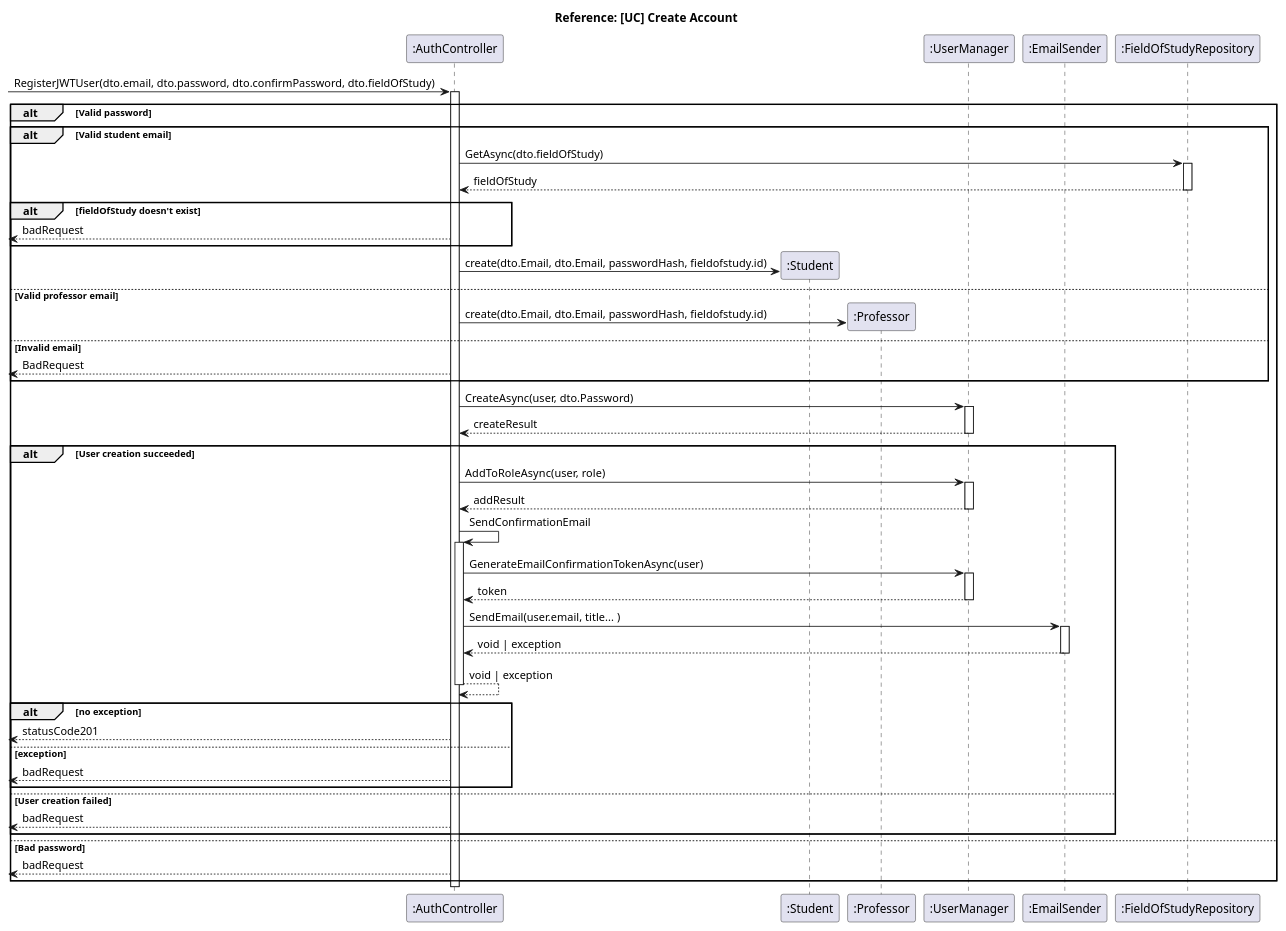
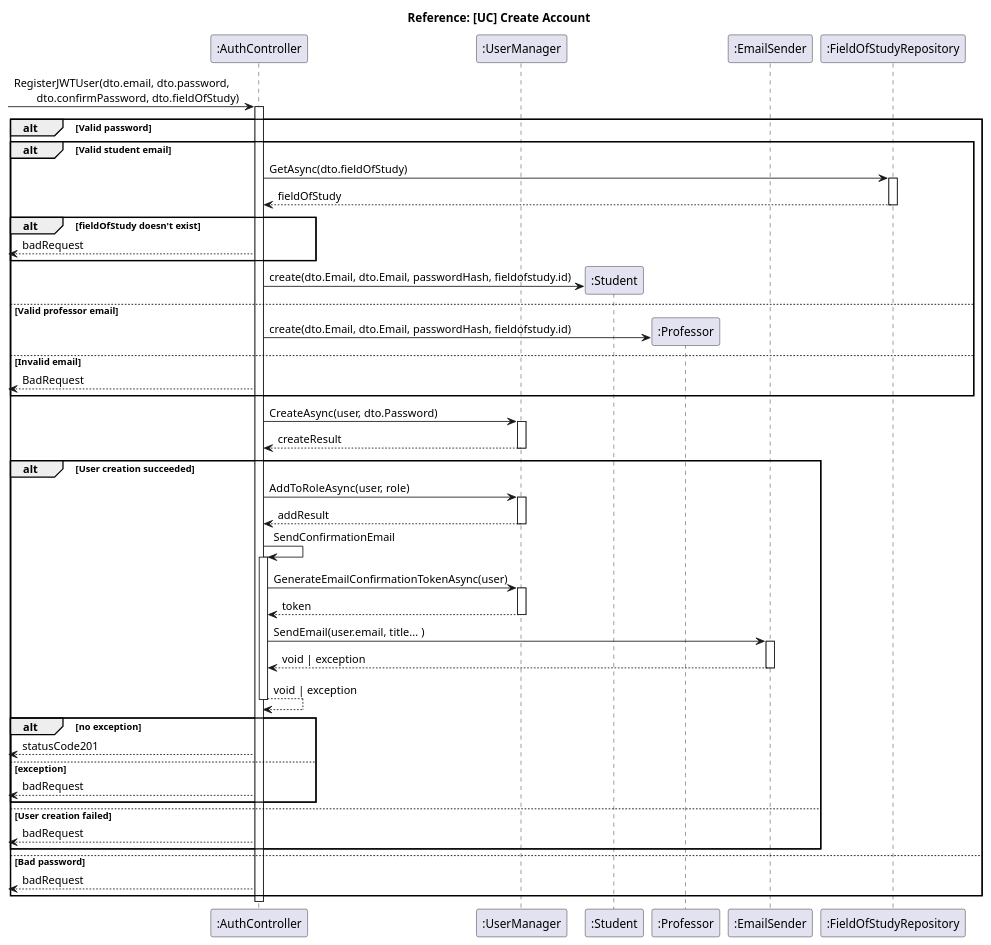
Before and after one commit to Singh-Kiran-P/StuNet: the diagram in Diagrams/Sequence_Diagrams/create_account.puml, drawn with PlantUML. The commit also changed 6 other files, not shown here.

Commit message:
docs: Move participants in /Sequence_Diagrams

```diff
--- a/Diagrams/Sequence_Diagrams/create_account.puml
+++ b/Diagrams/Sequence_Diagrams/create_account.puml
@@ -1,76 +1,76 @@
 @startuml Register
 
 title Reference: [UC] Create Account
 
 participant ":AuthController" as authController
+participant ":UserManager" as userManager
 participant ":Student" as student
 participant ":Professor" as professor
-participant ":UserManager" as userManager
 participant ":EmailSender" as emailSender
 participant ":FieldOfStudyRepository" as fieldOfStudyRepository
 
--> authController : RegisterJWTUser(dto.email, dto.password, dto.confirmPassword, dto.fieldOfStudy)
+-> authController : RegisterJWTUser(dto.email, dto.password,\n\tdto.confirmPassword, dto.fieldOfStudy)
 activate authController
 
 alt Valid password
     alt Valid student email
         authController -> fieldOfStudyRepository: GetAsync(dto.fieldOfStudy)
         activate fieldOfStudyRepository
         fieldOfStudyRepository --> authController: fieldOfStudy
         deactivate fieldOfStudyRepository
 
         alt fieldOfStudy doesn't exist
             <-- authController: badRequest
         end
 
         authController -> student**: create(dto.Email, dto.Email, passwordHash, fieldofstudy.id)
         ' student --> authController: user
     else Valid professor email
         authController -> professor**: create(dto.Email, dto.Email, passwordHash, fieldofstudy.id)
     else Invalid email
         <-- authController: BadRequest
     end
 
     authController -> userManager: CreateAsync(user, dto.Password)
     activate userManager
     userManager --> authController: createResult
     deactivate userManager
 
     alt User creation succeeded
         authController -> userManager: AddToRoleAsync(user, role)
         activate userManager
         userManager --> authController: addResult
         deactivate userManager
 
         ' -> authController
         authController -> authController: SendConfirmationEmail
         activate authController
         
         authController -> userManager: GenerateEmailConfirmationTokenAsync(user)
         activate userManager
         userManager --> authController: token
         deactivate userManager
         
         authController -> emailSender: SendEmail(user.email, title... )
         activate emailSender
         emailSender --> authController: void | exception
         deactivate emailSender
         
         authController --> authController: void | exception
         deactivate authController
 
         alt no exception
             <-- authController: statusCode201
         else exception
             <-- authController: badRequest
         end
     else User creation failed
         <-- authController: badRequest
     end
 else Bad password
     <-- authController: badRequest
 end
 
 deactivate authController
 
 @enduml
```
